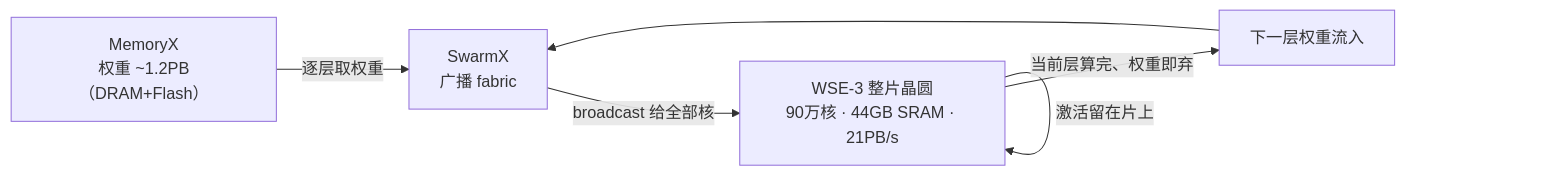
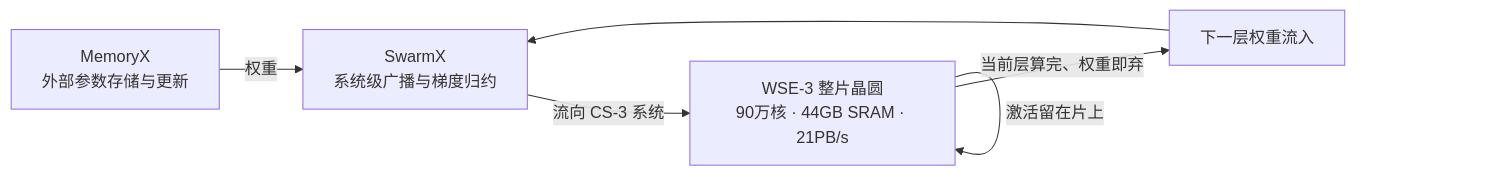
One commit to microarch-flow/wiki changed diagram 12 of 17 in series/chip-architectures/云端推理芯片架构横向对比报告.md. Above: the diagram before and after it, drawn with Mermaid. The commit also changed other lines of this file and 7 other files, not shown here.

````diff
--- a/series/chip-architectures/云端推理芯片架构横向对比报告.md
+++ b/series/chip-architectures/云端推理芯片架构横向对比报告.md
@@ -403,8 +405,8 @@
 ```mermaid
 graph LR
-  MX["MemoryX<br/>权重 ~1.2PB（DRAM+Flash）"] -->|逐层取权重| SW["SwarmX<br/>广播 fabric"]
-  SW -->|broadcast 给全部核| WSE["WSE-3 整片晶圆<br/>90万核 · 44GB SRAM · 21PB/s"]
+  MX["MemoryX<br/>外部参数存储与更新"] -->|权重| SW["SwarmX<br/>系统级广播与梯度归约"]
+  SW -->|流向 CS-3 系统| WSE["WSE-3 整片晶圆<br/>90万核 · 44GB SRAM · 21PB/s"]
   WSE -->|激活留在片上| WSE
   WSE -->|当前层算完、权重即弃| NX["下一层权重流入"]
   NX --> SW
 ```
````
